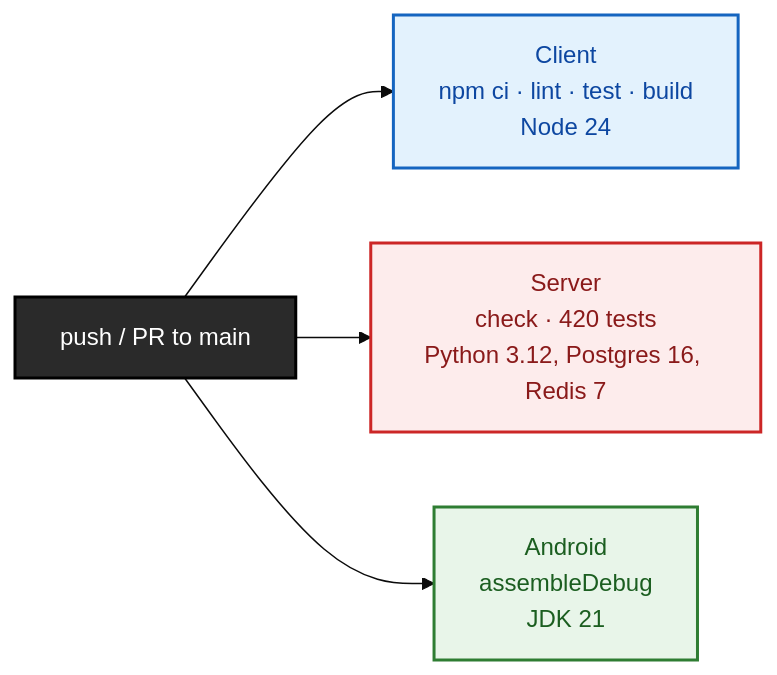
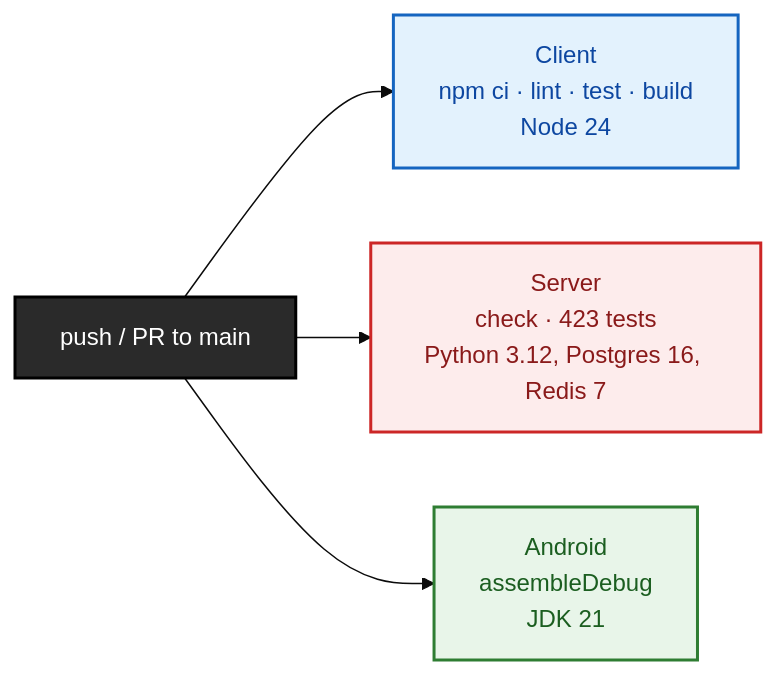
The tenth of 10 diagrams in README.md (aarushchaudhary/nmpralekh), drawn with Mermaid (base theme) before and after one commit. The commit also changed other lines of this file and 8 other files, not shown here.

````diff
--- a/README.md
+++ b/README.md
@@ -989,15 +989,15 @@
 ```mermaid
 flowchart LR
     push["push / PR to main"] --> c["Client<br/>npm ci · lint · test · build<br/>Node 24"]
-    push --> s["Server<br/>check · 420 tests<br/>Python 3.12, Postgres 16, Redis 7"]
+    push --> s["Server<br/>check · 423 tests<br/>Python 3.12, Postgres 16, Redis 7"]
     push --> a["Android<br/>assembleDebug<br/>JDK 21"]
 
     classDef p fill:#2A2A2A,stroke:#000,color:#fff,stroke-width:2px
     classDef cc fill:#E3F2FD,stroke:#1565C0,color:#0D47A1,stroke-width:2px
     classDef ss fill:#FDECEC,stroke:#CC2626,color:#8A1A1A,stroke-width:2px
     classDef aa fill:#E8F5E9,stroke:#2E7D32,color:#1B5E20,stroke-width:2px
     class push p
     class c cc
     class s ss
     class a aa
 ```
````
